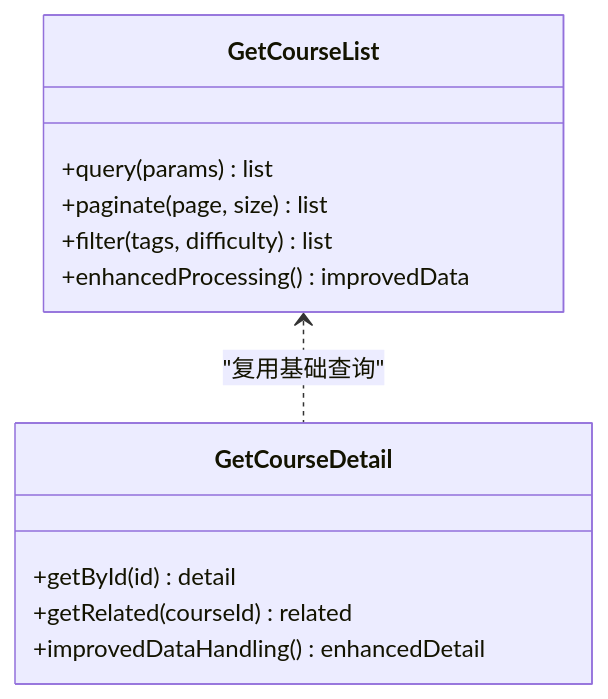
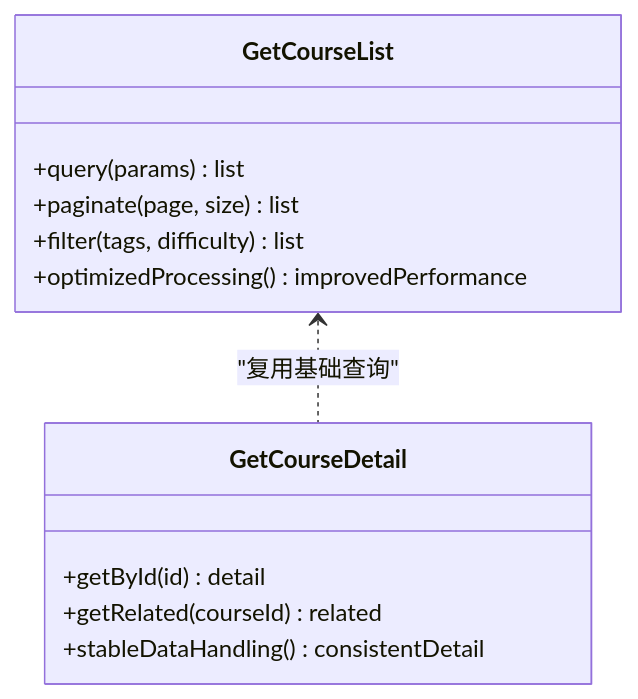
One commit to cwb7756/bio changed the fifth of 9 diagrams in .qoder/repowiki/zh/content/架构设计/后端架构设计/云函数架构设计.md. Above: the diagram before and after it, drawn with Mermaid. The commit also changed other lines of this file and 98 other files, not shown here.

````diff
--- a/.qoder/repowiki/zh/content/架构设计/后端架构设计/云函数架构设计.md
+++ b/.qoder/repowiki/zh/content/架构设计/后端架构设计/云函数架构设计.md
@@ -242,15 +241,15 @@
 ```mermaid
 classDiagram
 class GetCourseList {
 +query(params) list
 +paginate(page, size) list
 +filter(tags, difficulty) list
-+enhancedProcessing() improvedData
++optimizedProcessing() improvedPerformance
 }
 class GetCourseDetail {
 +getById(id) detail
 +getRelated(courseId) related
-+improvedDataHandling() enhancedDetail
++stableDataHandling() consistentDetail
 }
 GetCourseList <.. GetCourseDetail : "复用基础查询"
 ```
````
